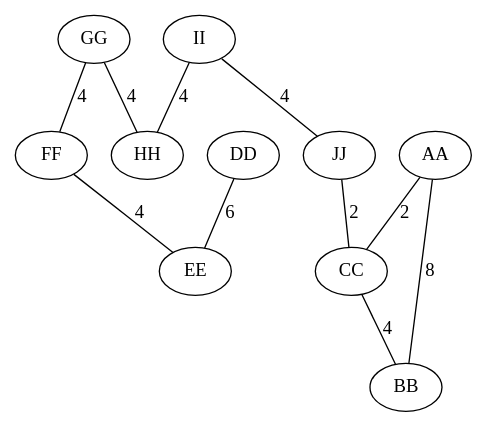
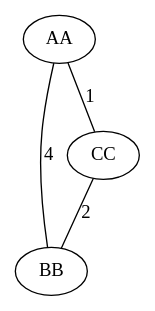
One commit to L-zed/TP2_AnalyseStatique changed the diagram in TP2/src/main/resources/graph.dot. Above: the diagram before and after it, drawn with Graphviz. The commit also changed 10 other files, not shown here.

```diff
--- a/TP2/src/main/resources/graph.dot
+++ b/TP2/src/main/resources/graph.dot
@@ -1,13 +1,6 @@
 digraph "graph" {
 edge[dir=none]
-"II"->"HH" [ label="4" ]
-"II"->"JJ" [ label="4" ]
-"GG"->"FF" [ label="4" ]
-"GG"->"HH" [ label="4" ]
-"AA"->"BB" [ label="8" ]
-"AA"->"CC" [ label="2" ]
-"FF"->"EE" [ label="4" ]
-"DD"->"EE" [ label="6" ]
-"CC"->"BB" [ label="4" ]
-"JJ"->"CC" [ label="2" ]
+"AA"->"BB" [ label="4" ]
+"AA"->"CC" [ label="1" ]
+"CC"->"BB" [ label="2" ]
 }
```
